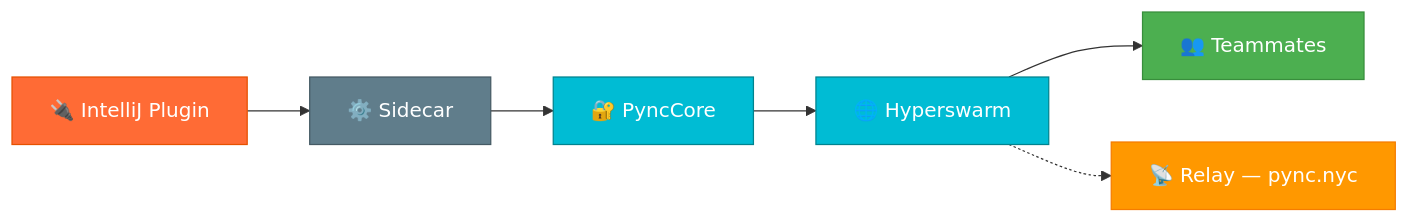
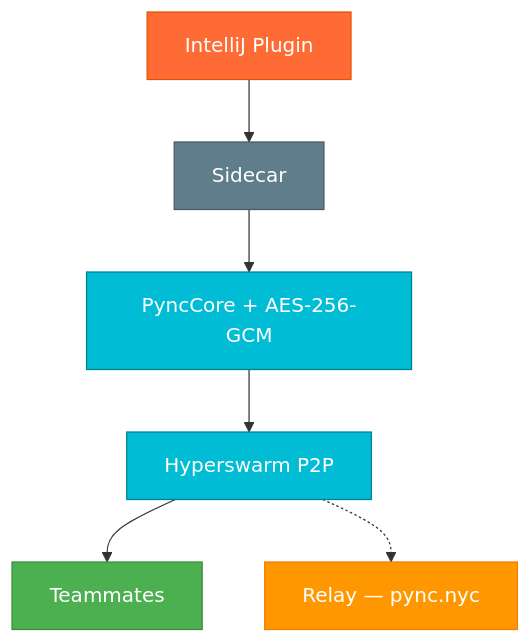
One commit to mariyancholakov/pync changed the diagram in README.md. Above: the diagram before and after it, drawn with Mermaid.

Commit message:
fixed mermaid graph

````diff
--- a/README.md
+++ b/README.md
@@ -23,13 +23,15 @@
 ```mermaid
-graph LR
-    Plugin["🔌 IntelliJ Plugin"] --> Sidecar["⚙️ Sidecar"] --> Core["🔐 PyncCore"] --> Swarm["🌐 Hyperswarm"]
-    Swarm --> Peers["👥 Teammates"]
-    Swarm -.-> Relay["📡 Relay — pync.nyc"]
+graph TD
+    Plugin["IntelliJ Plugin"] --> Sidecar["Sidecar"]
+    Sidecar --> Core["PyncCore + AES-256-GCM"]
+    Core --> Swarm["Hyperswarm P2P"]
+    Swarm --> Peers["Teammates"]
+    Swarm -.-> Relay["Relay — pync.nyc"]
 
     style Plugin fill:#FF6B35,stroke:#E65100,color:white
     style Core fill:#00BCD4,stroke:#00838F,color:white
     style Swarm fill:#00BCD4,stroke:#00838F,color:white
     style Relay fill:#FF9800,stroke:#F57C00,color:white
     style Peers fill:#4CAF50,stroke:#388E3C,color:white
     style Sidecar fill:#607D8B,stroke:#455A64,color:white
 ```
````
